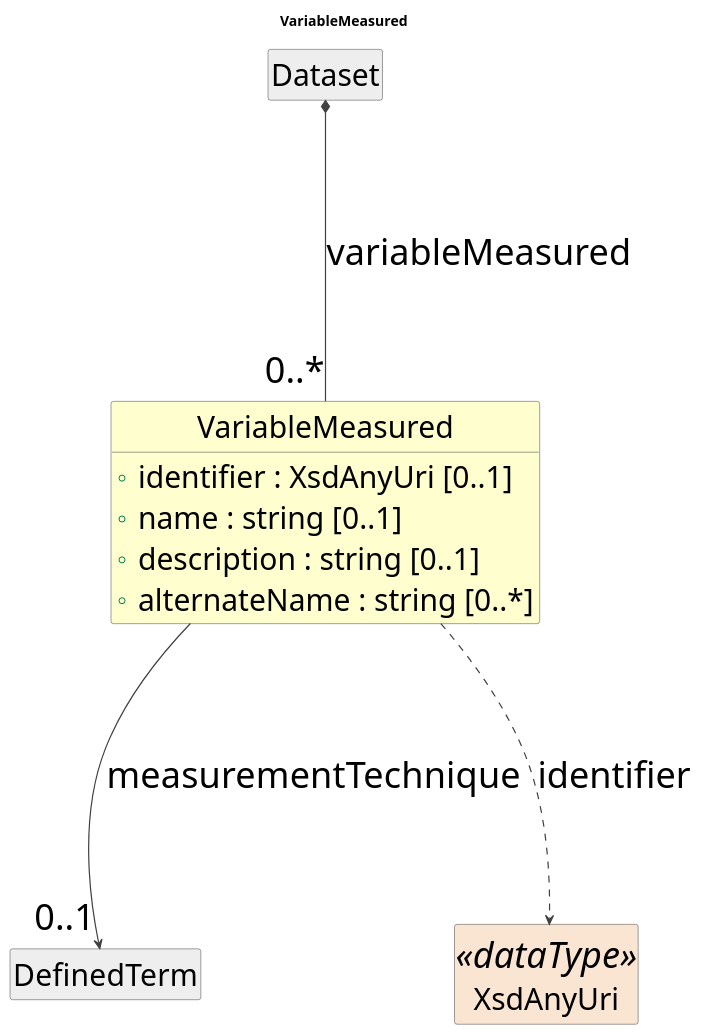
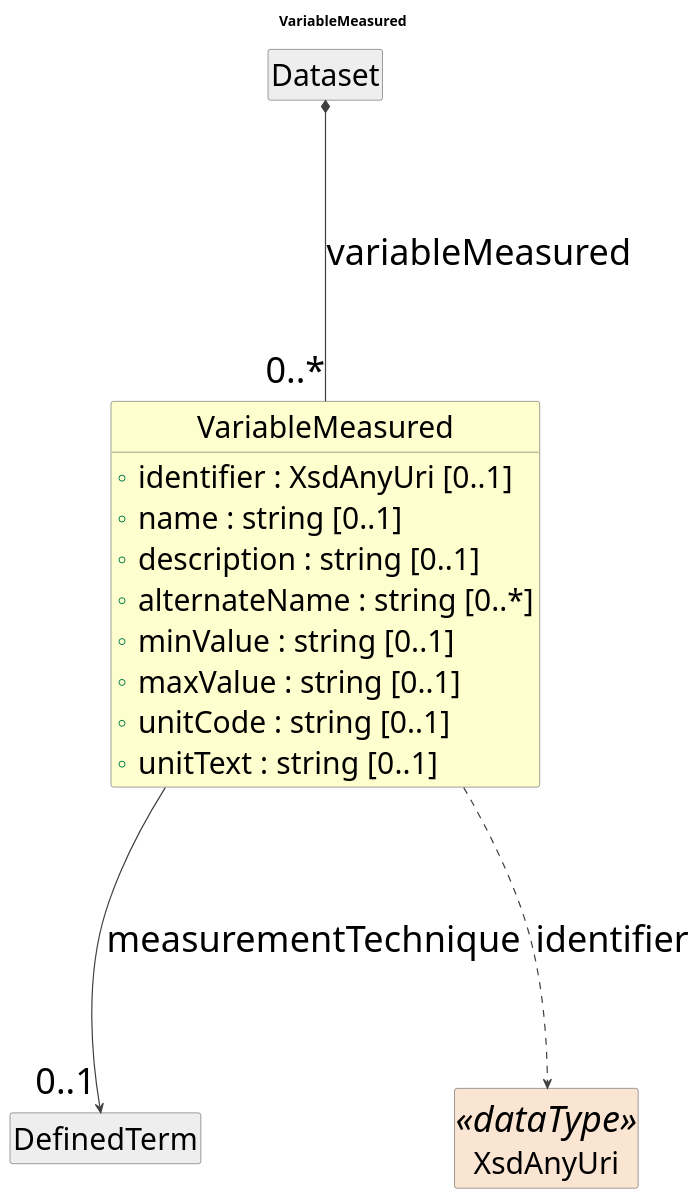
Before and after one commit to Cross-Domain-Interoperability-Framework/metadataBuildingBlocks: the diagram in cdif-uml-model/_plantuml/discoveryDataDescription/Classes/VariableMeasured.pu, drawn with PlantUML. The commit also changed 358 other files, not shown here.

```diff
--- a/cdif-uml-model/_plantuml/discoveryDataDescription/Classes/VariableMeasured.pu
+++ b/cdif-uml-model/_plantuml/discoveryDataDescription/Classes/VariableMeasured.pu
@@ -1,30 +1,34 @@
 @startuml
 title VariableMeasured
 hide circle
 hide empty members
 skinparam shadowing false
 skinparam ArrowThickness 1.2
 skinparam ranksep 250
 skinparam nodesep 20
 skinparam defaultFontSize 36
 skinparam class {
   ArrowColor #404040
   BorderColor #404040
   FontSize 36
   AttributeFontSize 30
 }
 
 class "VariableMeasured" as VariableMeasured #FEFECE {
   +identifier : XsdAnyUri [0..1]
   +name : string [0..1]
   +description : string [0..1]
   +alternateName : string [0..*]
+  +minValue : string [0..1]
+  +maxValue : string [0..1]
+  +unitCode : string [0..1]
+  +unitText : string [0..1]
 }
 class "Dataset" as Dataset #EEEEEE
 Dataset *-- "0..*" VariableMeasured : variableMeasured
 class "DefinedTerm" as DefinedTerm #EEEEEE
 VariableMeasured --> "0..1" DefinedTerm : measurementTechnique
 class "XsdAnyUri" as XsdAnyUri <<dataType>> #FAE5D3
 VariableMeasured ..> XsdAnyUri : identifier
 
 @enduml
```
